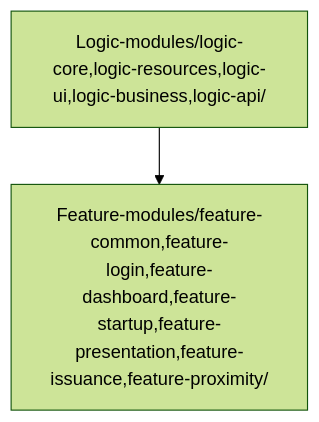
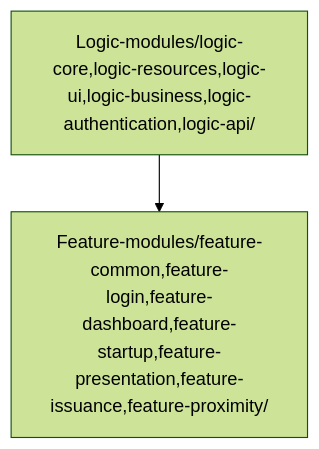
One commit to eu-digital-identity-wallet/eudi-app-ios-wallet-ui changed the diagram in README.md. Above: the diagram before and after it, drawn with Mermaid (forest theme). The commit also changed other lines of this file and 41 other files, not shown here.

Commit message:
New logic-authentication module to handle pinStorage and Biometrics Logic, refactored logic-analytics, new mocks, unit tests corrections

````diff
--- a/README.md
+++ b/README.md
@@ -213,4 +215,4 @@
 ```mermaid
 graph TD;
-    Logic-modules/logic-core,logic-resources,logic-ui,logic-business,logic-api/-->Feature-modules/feature-common,feature-login,feature-dashboard,feature-startup,feature-presentation,feature-issuance,feature-proximity/;
+    Logic-modules/logic-core,logic-resources,logic-ui,logic-business,logic-authentication,logic-api/-->Feature-modules/feature-common,feature-login,feature-dashboard,feature-startup,feature-presentation,feature-issuance,feature-proximity/;
 ```
````
